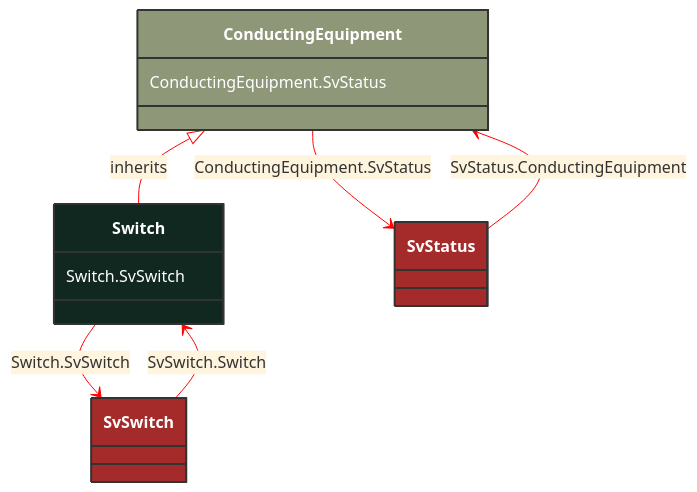
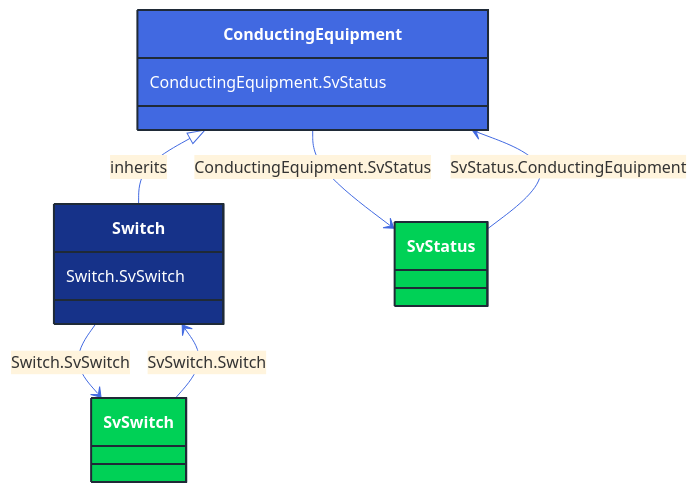
One commit to 3lbits/NoCIMExtensions changed the diagram in docs/Models/Profiles/StateVariables/ConcreteClasses/Switch.md. Above: the diagram before and after it, drawn with Mermaid. The commit also changed 362 other files, not shown here.

First line of the commit message:
Update diagrams and styles for improved visual consistency

````diff
--- a/docs/Models/Profiles/StateVariables/ConcreteClasses/Switch.md
+++ b/docs/Models/Profiles/StateVariables/ConcreteClasses/Switch.md
@@ -8,38 +8,38 @@
 ```mermaid
-%%{init: {'theme':'base','themeVariables': {'lineColor': '#FF0000'}}}%%
+%%{init: {'theme':'base','themeVariables': {'lineColor': '#4169E1'}}}%%
 classDiagram
     class Switch
     click Switch href "/Models/Profiles/StateVariables/ConcreteClasses/Switch/"
-    style Switch fill:#102820,stroke:#333,stroke-width:2px,rx:10,ry:10,color:white
+    style Switch fill:#163289,stroke:#1F2A37,stroke-width:2px,rx:10,ry:10,color:white
      
         ConductingEquipment <|-- Switch : inherits
             click ConductingEquipment href "/Models/Profiles/StateVariables/AbstractClasses/ConductingEquipment/"
-            style ConductingEquipment fill:#8F9779,stroke:#333,stroke-width:2px,rx:10,ry:10,color:white
+            style ConductingEquipment fill:#4169E1,stroke:#1F2A37,stroke-width:2px,rx:10,ry:10,color:white
 
         Switch --> SvSwitch : Switch.SvSwitch
 
         SvSwitch
             click SvSwitch href "/Models/Profiles/StateVariables/ConcreteClasses/SvSwitch/"
-            style SvSwitch fill:#A52A2A,stroke:#333,stroke-width:2px,rx:10,ry:10,color:white
+            style SvSwitch fill:#00D156,stroke:#1F2A37,stroke-width:2px,rx:10,ry:10,color:white
         ConductingEquipment --> SvStatus : ConductingEquipment.SvStatus
 
         SvStatus
             click SvStatus href "/Models/Profiles/StateVariables/ConcreteClasses/SvStatus/"
-            style SvStatus fill:#A52A2A,stroke:#333,stroke-width:2px,rx:10,ry:10,color:white
+            style SvStatus fill:#00D156,stroke:#1F2A37,stroke-width:2px,rx:10,ry:10,color:white
 
         SvStatus --> ConductingEquipment : SvStatus.ConductingEquipment
 
         SvStatus
             click SvStatus href "/Models/Profiles/StateVariables/ConcreteClasses/SvStatus/"
-            style SvStatus fill:#A52A2A,stroke:#333,stroke-width:2px,rx:10,ry:10,color:white
+            style SvStatus fill:#00D156,stroke:#1F2A37,stroke-width:2px,rx:10,ry:10,color:white
 
         SvSwitch --> Switch : SvSwitch.Switch
 
         SvSwitch
             click SvSwitch href "/Models/Profiles/StateVariables/ConcreteClasses/SvSwitch/"
-            style SvSwitch fill:#A52A2A,stroke:#333,stroke-width:2px,rx:10,ry:10,color:white
+            style SvSwitch fill:#00D156,stroke:#1F2A37,stroke-width:2px,rx:10,ry:10,color:white
 
 
         Switch : Switch.SvSwitch
         ConductingEquipment : ConductingEquipment.SvStatus
 ```
````
